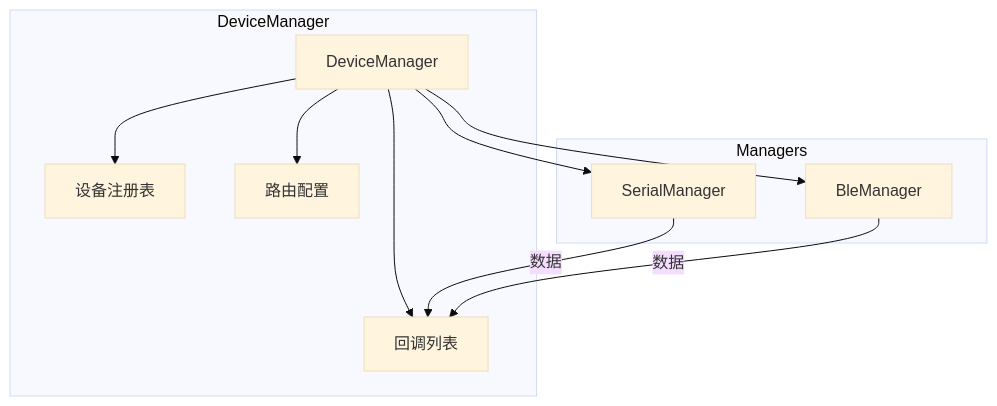
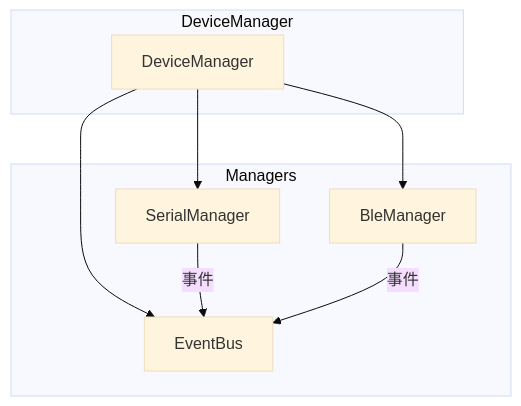
Before and after one commit to XiaoPb/combridge: the first of 2 diagrams in docs/architecture/backend/device-manager.md, drawn with Mermaid (base theme). The commit also changed other lines of this file and 2 other files, not shown here.

````diff
--- a/docs/architecture/backend/device-manager.md
+++ b/docs/architecture/backend/device-manager.md
@@ -87,23 +40,19 @@
 ```mermaid
 graph TB
     subgraph DeviceManager
         DM[DeviceManager]
-        Devices[设备注册表]
-        Routes[路由配置]
-        Callbacks[回调列表]
     end
     
     subgraph Managers
         SerialMgr[SerialManager]
         BleMgr[BleManager]
+        EventBus[EventBus]
     end
     
-    DM --> Devices
-    DM --> Routes
-    DM --> Callbacks
     DM --> SerialMgr
     DM --> BleMgr
+    DM --> EventBus
     
-    SerialMgr -->|数据| Callbacks
-    BleMgr -->|数据| Callbacks
+    SerialMgr -->|事件| EventBus
+    BleMgr -->|事件| EventBus
 ```
````
